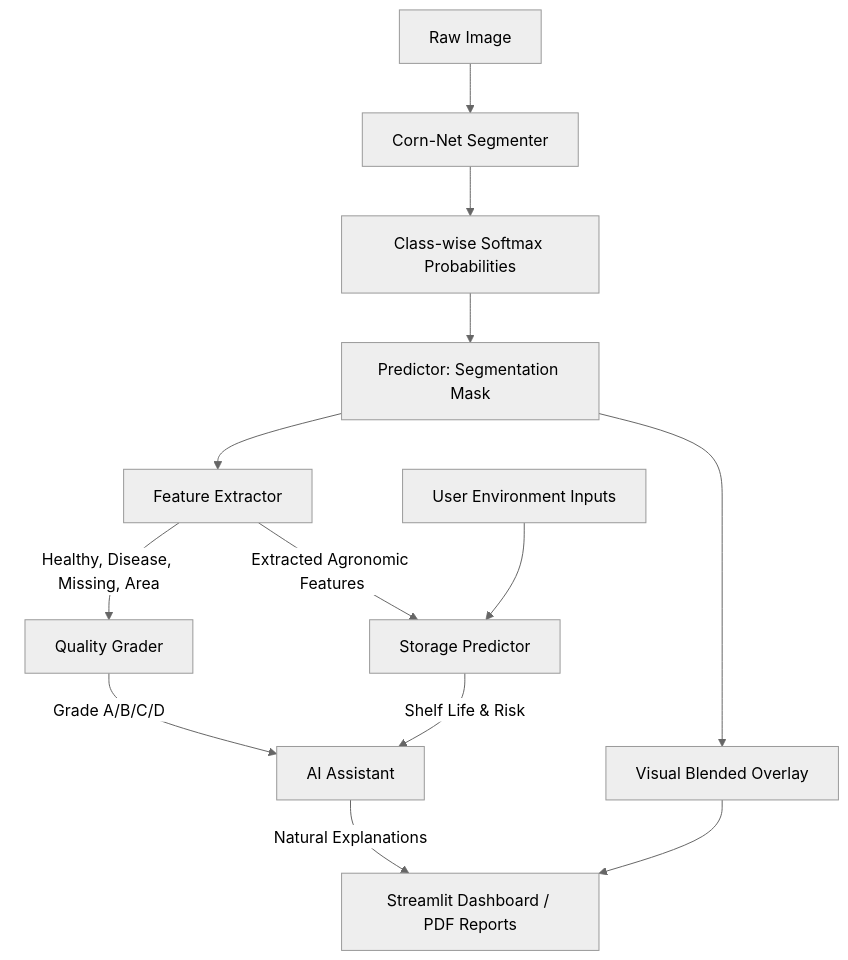
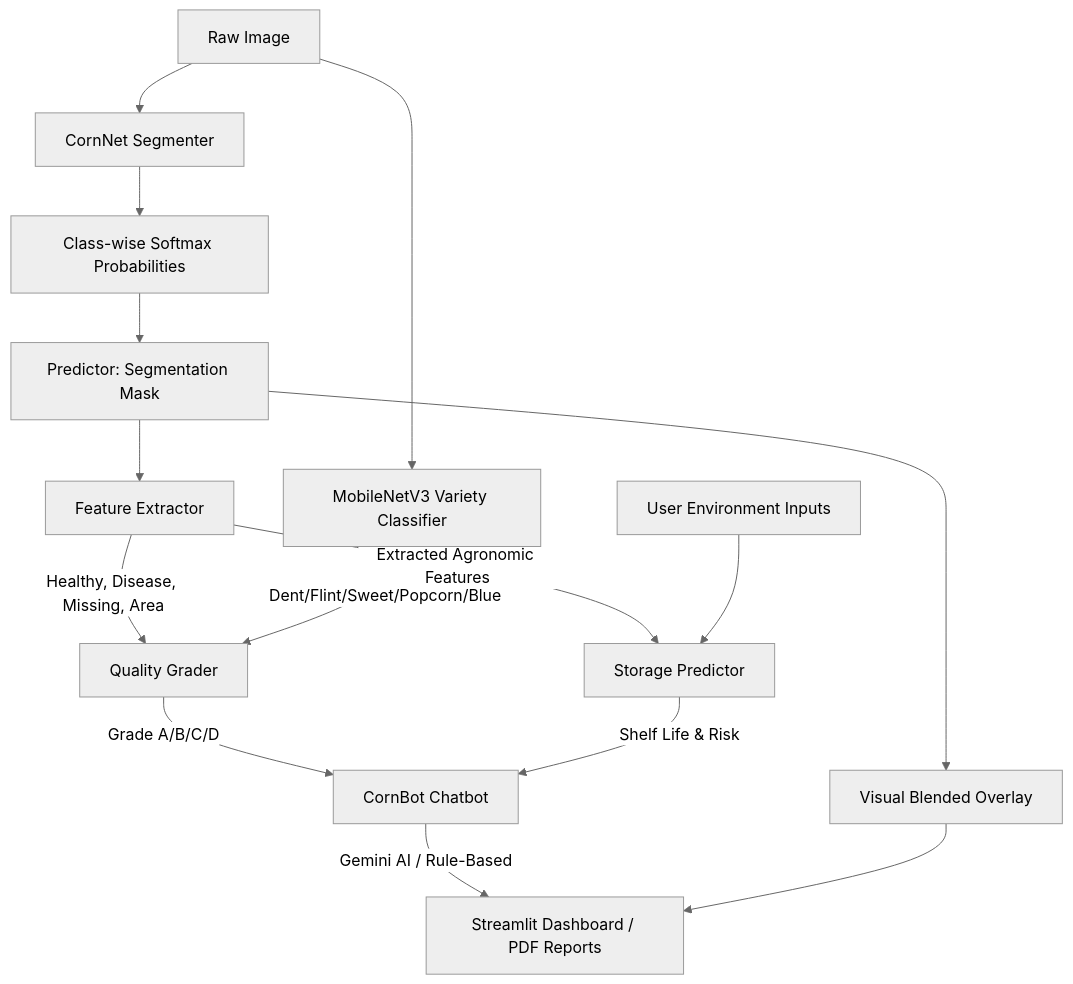
Before and after one commit to sivzz-22/AgroGrow: the diagram in README.md, drawn with Mermaid (neutral theme). The commit also changed other lines of this file and 19 other files, not shown here.

First line of the commit message:
feat: complete AgroGrow overhaul with MobileNet variety classifier, Gemini chatbot popover, multi-format upload, and UI redesign

````diff
--- a/README.md
+++ b/README.md
@@ -9,15 +23,17 @@
 ```mermaid
 graph TD
-    A[Raw Image] --> B[Corn-Net Segmenter]
+    A[Raw Image] --> B[CornNet Segmenter]
     B --> C[Class-wise Softmax Probabilities]
     C --> D[Predictor: Segmentation Mask]
     D --> E[Feature Extractor]
     D --> F[Visual Blended Overlay]
     E -->|Healthy, Disease, Missing, Area| G[Quality Grader]
     E -->|Extracted Agronomic Features| H[Storage Predictor]
     I[User Environment Inputs] --> H
-    G -->|Grade A/B/C/D| J[AI Assistant]
+    A --> V[MobileNetV3 Variety Classifier]
+    V -->|Dent/Flint/Sweet/Popcorn/Blue| G
+    G -->|Grade A/B/C/D| J[CornBot Chatbot]
     H -->|Shelf Life & Risk| J
-    J -->|Natural Explanations| K[Streamlit Dashboard / PDF Reports]
+    J -->|Gemini AI / Rule-Based| K[Streamlit Dashboard / PDF Reports]
     F --> K
 ```
````
